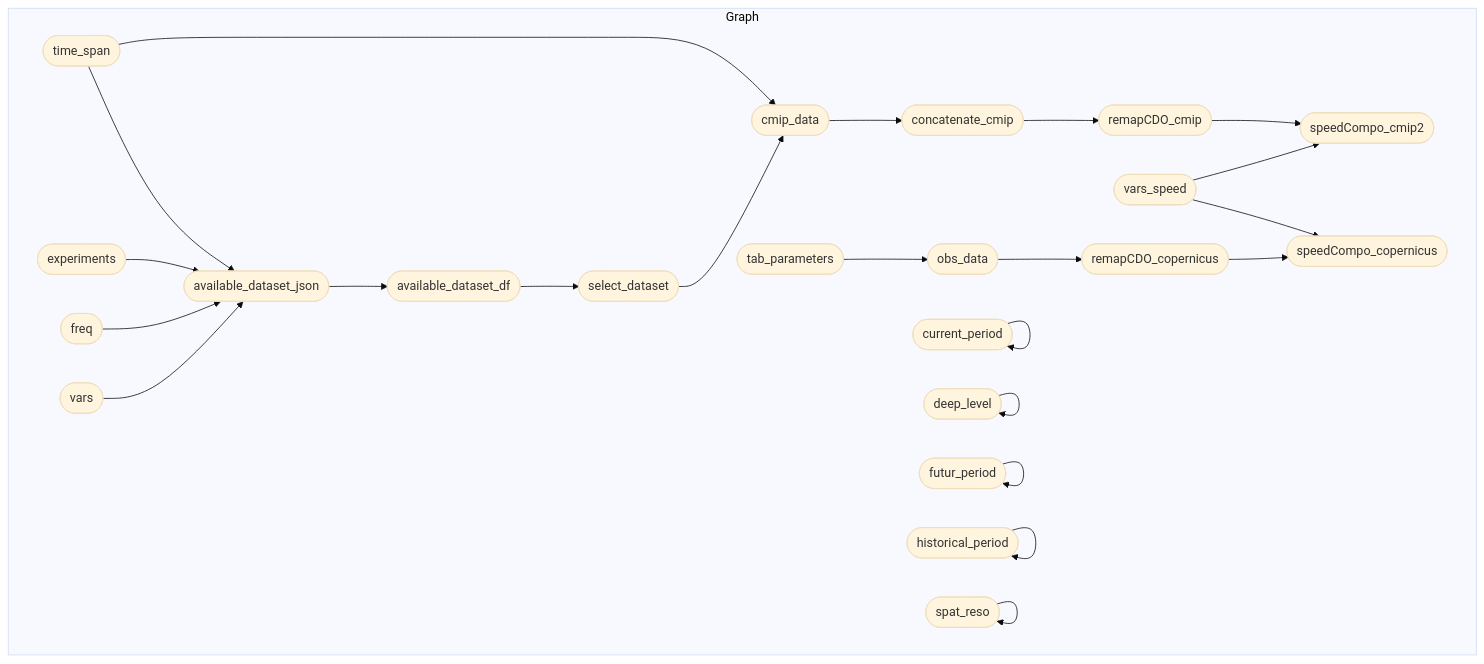
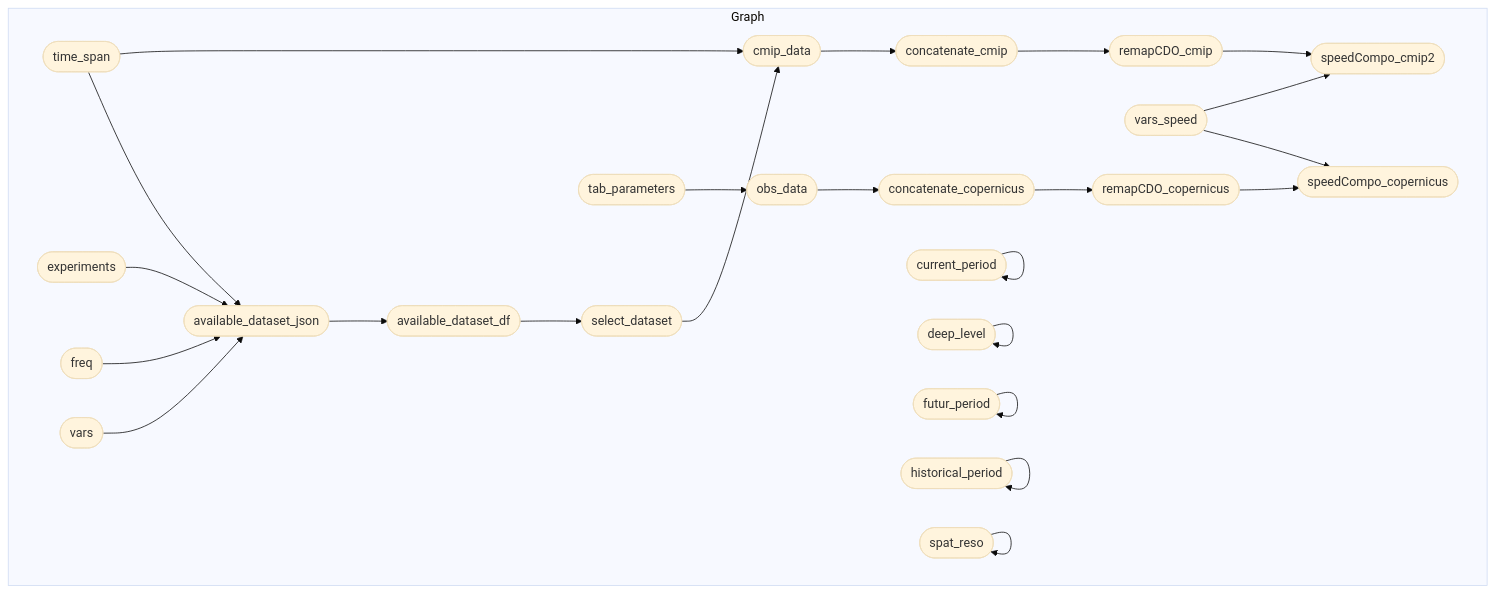
Before and after one commit to r-fernandezz/downshape: the diagram in README.md, drawn with Mermaid (base theme). The commit also changed other lines of this file and 2 other files, not shown here.

````diff
--- a/README.md
+++ b/README.md
@@ -22,27 +22,28 @@
 ``` mermaid
 graph LR
   subgraph Graph
     direction LR
     x6fcf9b0e7fc429ff(["available_dataset_json"]):::outdated --> xe895740a9b7896f7(["available_dataset_df"]):::outdated
     x4fe875b2492d0106(["concatenate_cmip"]):::outdated --> xf4b49e2ba07661b1(["remapCDO_cmip"]):::outdated
     xd8e5f2013a341013(["cmip_data"]):::outdated --> x4fe875b2492d0106(["concatenate_cmip"]):::outdated
     x3f5ab24ee8d242b4(["select_dataset"]):::outdated --> xd8e5f2013a341013(["cmip_data"]):::outdated
     x2c0118dd07b06ac8(["time_span"]):::uptodate --> xd8e5f2013a341013(["cmip_data"]):::outdated
     xac02e5e58926353b(["experiments"]):::uptodate --> x6fcf9b0e7fc429ff(["available_dataset_json"]):::outdated
     x906e78a8df9f52cb(["freq"]):::uptodate --> x6fcf9b0e7fc429ff(["available_dataset_json"]):::outdated
     x2c0118dd07b06ac8(["time_span"]):::uptodate --> x6fcf9b0e7fc429ff(["available_dataset_json"]):::outdated
     x8f15ec77b8dbd81a(["vars"]):::uptodate --> x6fcf9b0e7fc429ff(["available_dataset_json"]):::outdated
     xf4b49e2ba07661b1(["remapCDO_cmip"]):::outdated --> x0a3d6e672db943e2(["speedCompo_cmip2"]):::outdated
     xca459201a27e8460(["vars_speed"]):::uptodate --> x0a3d6e672db943e2(["speedCompo_cmip2"]):::outdated
     xe895740a9b7896f7(["available_dataset_df"]):::outdated --> x3f5ab24ee8d242b4(["select_dataset"]):::outdated
-    xd7bca5ba4e5f539d(["obs_data"]):::started --> xec6283d15a25ed08(["remapCDO_copernicus"]):::outdated
+    x9289bfb53112cf3b(["concatenate_copernicus"]):::outdated --> xec6283d15a25ed08(["remapCDO_copernicus"]):::outdated
     xec6283d15a25ed08(["remapCDO_copernicus"]):::outdated --> xfc6ed28680e5db72(["speedCompo_copernicus"]):::outdated
     xca459201a27e8460(["vars_speed"]):::uptodate --> xfc6ed28680e5db72(["speedCompo_copernicus"]):::outdated
+    xd7bca5ba4e5f539d(["obs_data"]):::started --> x9289bfb53112cf3b(["concatenate_copernicus"]):::outdated
     x4301c707c2ab0cdc(["tab_parameters"]):::uptodate --> xd7bca5ba4e5f539d(["obs_data"]):::started
     x084994fb0e480676(["current_period"]):::uptodate --> x084994fb0e480676(["current_period"]):::uptodate
     x625f066a5f205ec8(["deep_level"]):::uptodate --> x625f066a5f205ec8(["deep_level"]):::uptodate
     xbce5cad1cf7e7103(["futur_period"]):::uptodate --> xbce5cad1cf7e7103(["futur_period"]):::uptodate
     x57dd1d5e854c11b6(["historical_period"]):::uptodate --> x57dd1d5e854c11b6(["historical_period"]):::uptodate
     xe73cbbcc20086ecd(["spat_reso"]):::uptodate --> xe73cbbcc20086ecd(["spat_reso"]):::uptodate
   end
 ```
````
